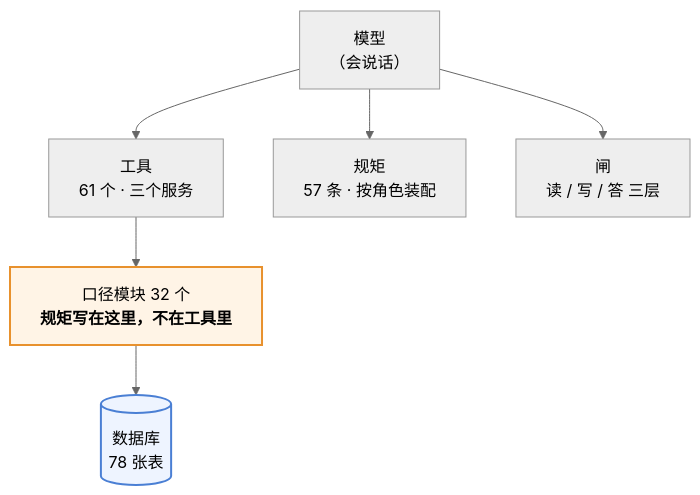
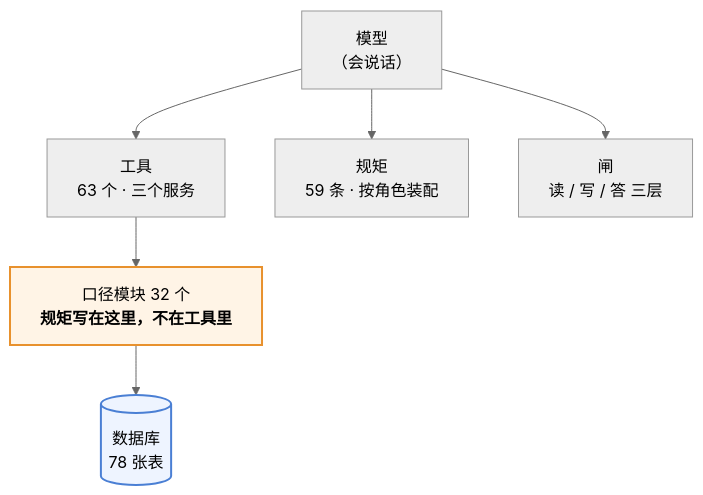
The first of 3 diagrams in 澜绣云裳agent-产品说明.md (843773296-rgb/lanxiu-yunshang-agent), drawn with Mermaid (neutral theme) before and after one commit. The commit also changed other lines of this file and 27 other files, not shown here.

````diff
--- a/澜绣云裳agent-产品说明.md
+++ b/澜绣云裳agent-产品说明.md
@@ -62,12 +62,12 @@
 ```mermaid
 flowchart TD
     M["模型<br/>（会说话）"]
-    M --> T["工具<br/>61 个 · 三个服务"]
-    M --> R["规矩<br/>57 条 · 按角色装配"]
+    M --> T["工具<br/>63 个 · 三个服务"]
+    M --> R["规矩<br/>59 条 · 按角色装配"]
     M --> G["闸<br/>读 / 写 / 答 三层"]
     T --> K["口径模块 32 个<br/><b>规矩写在这里，不在工具里</b>"]
     K --> DB[("数据库<br/>78 张表")]
 
     style K fill:#fff4e6,stroke:#e8912d,stroke-width:2px
     style DB fill:#eef4ff,stroke:#4a7fd4,stroke-width:2px
 ```
````
